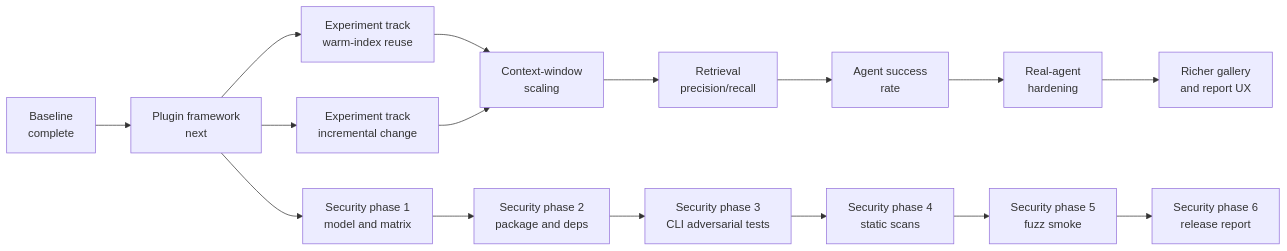
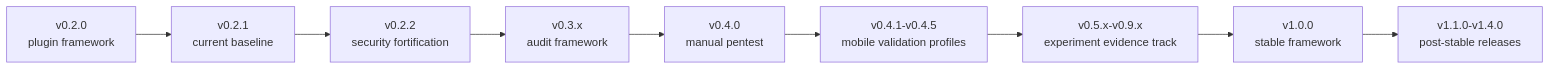
The first of 2 diagrams in docs/ROADMAP.md (dailephd/my-dev-kit-lab), drawn with Mermaid before and after one commit. The commit also changed other lines of this file and 10 other files, not shown here.

````diff
--- a/docs/ROADMAP.md
+++ b/docs/ROADMAP.md
@@ -230,18 +9,11 @@
 ```mermaid
 flowchart LR
-  A[Baseline\ncomplete] --> B[Plugin framework\nnext]
-  B --> C[Experiment track\nwarm-index reuse]
-  B --> D[Experiment track\nincremental change]
-  C --> E[Context-window\nscaling]
-  D --> E
-  E --> F[Retrieval\nprecision/recall]
-  F --> G[Agent success\nrate]
-  G --> H[Real-agent\nhardening]
-  H --> I[Richer gallery\nand report UX]
-  B --> J[Security phase 1\nmodel and matrix]
-  J --> K[Security phase 2\npackage and deps]
-  K --> L[Security phase 3\nCLI adversarial tests]
-  L --> M[Security phase 4\nstatic scans]
-  M --> N[Security phase 5\nfuzz smoke]
-  N --> O[Security phase 6\nrelease report]
+  A[v0.2.0<br/>plugin framework] --> B[v0.2.1<br/>current baseline]
+  B --> C[v0.2.2<br/>security fortification]
+  C --> D[v0.3.x<br/>audit framework]
+  D --> E[v0.4.0<br/>manual pentest]
+  E --> F[v0.4.1-v0.4.5<br/>mobile validation profiles]
+  F --> G[v0.5.x-v0.9.x<br/>experiment evidence track]
+  G --> H[v1.0.0<br/>stable framework]
+  H --> I[v1.1.0-v1.4.0<br/>post-stable releases]
 ```
````
